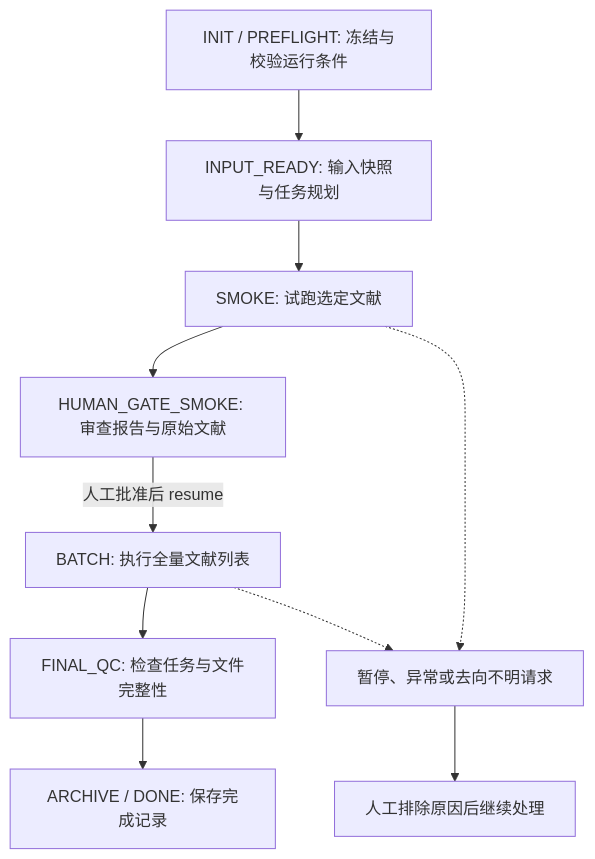
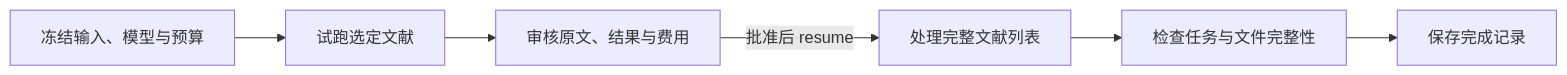
The second of 2 diagrams in README.zh-CN.md (Voss-zeji/LUMINA), drawn with Mermaid before and after one commit. The commit also changed other lines of this file and 1 other file, not shown here.

````diff
--- a/README.zh-CN.md
+++ b/README.zh-CN.md
@@ -103,12 +93,8 @@
 ```mermaid
-flowchart TD
-    Init["INIT / PREFLIGHT: 冻结与校验运行条件"] --> Ready["INPUT_READY: 输入快照与任务规划"]
-    Ready --> Smoke["SMOKE: 试跑选定文献"]
-    Smoke --> Gate["HUMAN_GATE_SMOKE: 审查报告与原始文献"]
-    Gate -->|"人工批准后 resume"| Batch["BATCH: 执行全量文献列表"]
-    Batch --> QC["FINAL_QC: 检查任务与文件完整性"]
-    QC --> Archive["ARCHIVE / DONE: 保存完成记录"]
-    Smoke -.-> Attention["暂停、异常或去向不明请求"]
-    Batch -.-> Attention
-    Attention --> Human["人工排除原因后继续处理"]
+flowchart LR
+    Plan["冻结输入、模型与预算"] --> Trial["试跑选定文献"]
+    Trial --> Approval["审核原文、结果与费用"]
+    Approval -->|"批准后 resume"| Batch["处理完整文献列表"]
+    Batch --> QC["检查任务与文件完整性"]
+    QC --> Done["保存完成记录"]
 ```
````
